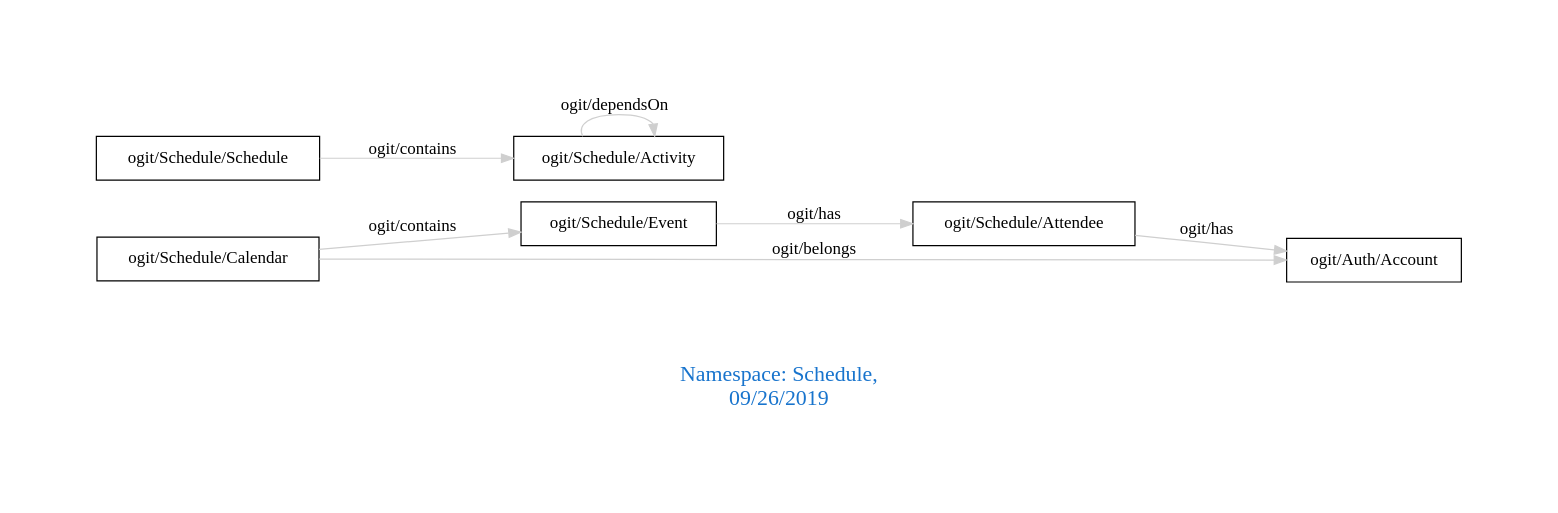
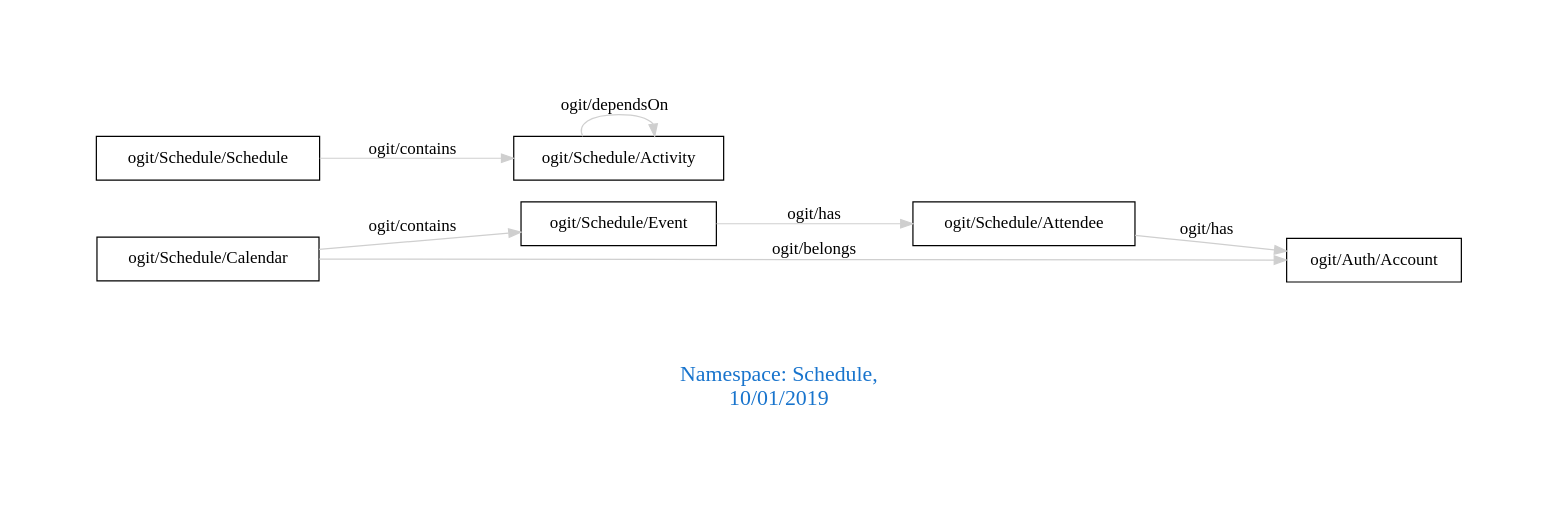
The diagram in downloads/Schedule.dot (arago/OGIT), drawn with Graphviz before and after one commit. The commit also changed 152 other files, not shown here.

```diff
--- a/downloads/Schedule.dot
+++ b/downloads/Schedule.dot
@@ -1,14 +1,14 @@
 digraph OGIT_ontology {
  graph [ rankdir= LR,pad=1 
 fontsize = 18,
-fontcolor= dodgerblue3,label = "\n\n\nNamespace: Schedule, \n 09/26/2019"];
+fontcolor= dodgerblue3,label = "\n\n\nNamespace: Schedule, \n 10/01/2019"];
 node[shape=polygon];
 edge [  color="gray81"];
 
    "ogit/Schedule/Calendar" -> "ogit/Schedule/Event" [label="   ogit/contains    "];
    "ogit/Schedule/Schedule" -> "ogit/Schedule/Activity" [label="   ogit/contains    "];
    "ogit/Schedule/Calendar" -> "ogit/Auth/Account" [label="   ogit/belongs    "];
    "ogit/Schedule/Attendee" -> "ogit/Auth/Account" [label="   ogit/has    "];
    "ogit/Schedule/Event" -> "ogit/Schedule/Attendee" [label="   ogit/has    "];
    "ogit/Schedule/Activity" -> "ogit/Schedule/Activity" [label="   ogit/dependsOn    "];
 }
```
